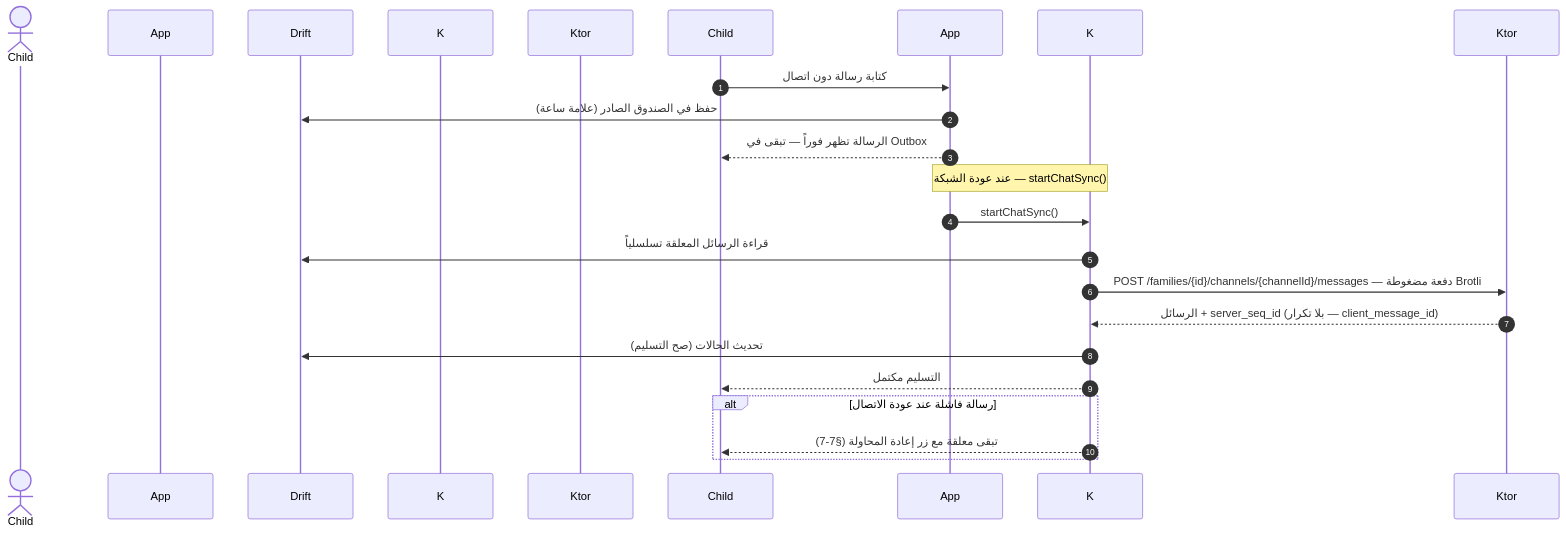
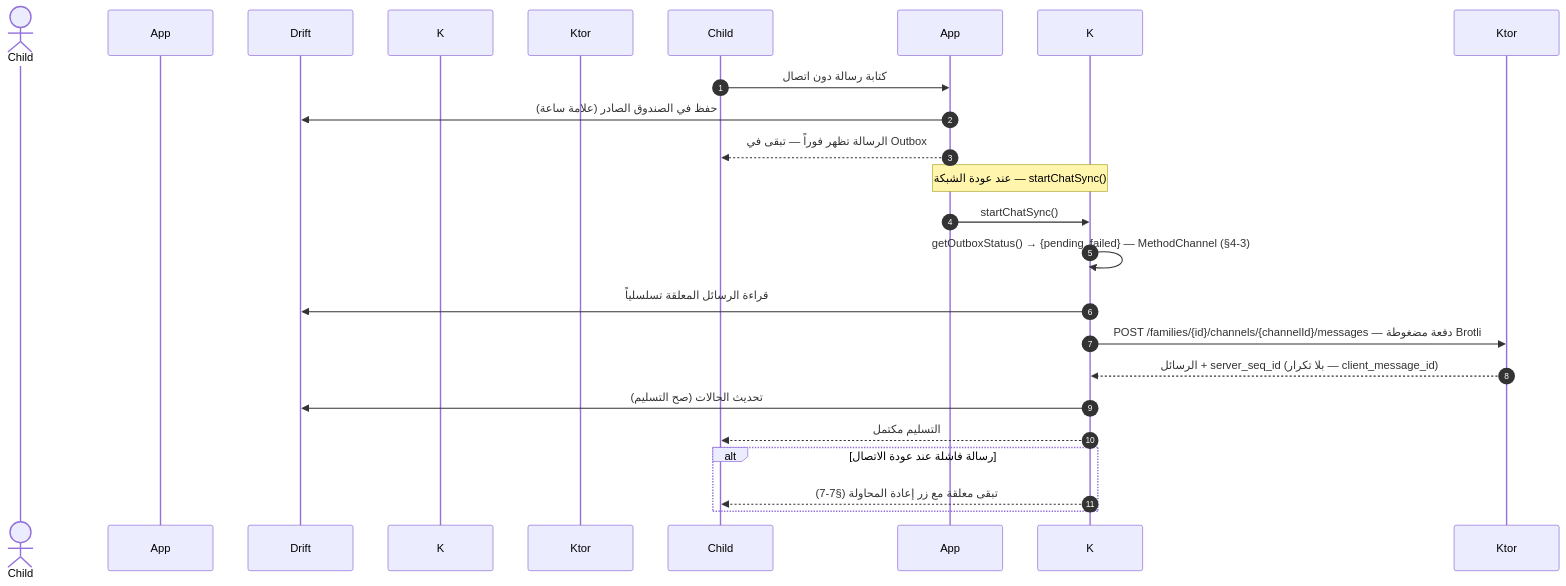
The fifth of 10 diagrams in docs/family-os/governance/phases/phase-1/S1-08-chat-basic/DIAGRAMS.md (Bassam-mohammed-alqaeadi/family-os-v2), drawn with Mermaid before and after one commit. The commit also changed other lines of this file and 19 other files, not shown here.

````diff
--- a/docs/family-os/governance/phases/phase-1/S1-08-chat-basic/DIAGRAMS.md
+++ b/docs/family-os/governance/phases/phase-1/S1-08-chat-basic/DIAGRAMS.md
@@ -238,22 +241,23 @@
 ```mermaid
 sequenceDiagram
     autonumber
     actor الطفل as Child
     participant التطبيق as App
     participant Drift as Drift
     participant Kotlin as K
     participant الخادم as Ktor
     Child->>App: كتابة رسالة دون اتصال
     App->>Drift: حفظ في الصندوق الصادر (علامة ساعة)
     App-->>Child: الرسالة تظهر فوراً — تبقى في Outbox
     Note over App,K: عند عودة الشبكة — startChatSync()
     App->>K: startChatSync()
+    K->>K: getOutboxStatus() → {pending, failed} — MethodChannel (§4-3)
     K->>Drift: قراءة الرسائل المعلقة تسلسلياً
     K->>Ktor: POST /families/{id}/channels/{channelId}/messages — دفعة مضغوطة Brotli
     Ktor-->>K: الرسائل + server_seq_id (بلا تكرار — client_message_id)
     K->>Drift: تحديث الحالات (صح التسليم)
     K-->>Child: التسليم مكتمل
     alt رسالة فاشلة عند عودة الاتصال
         K-->>Child: تبقى معلقة مع زر إعادة المحاولة (§7-7)
     end
 ```
````
